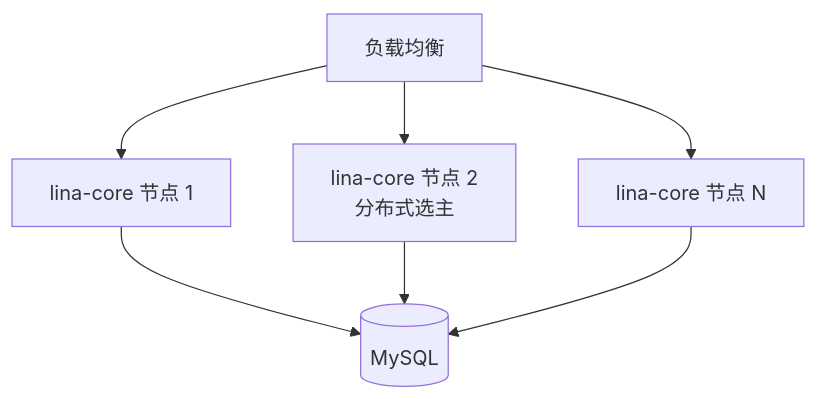
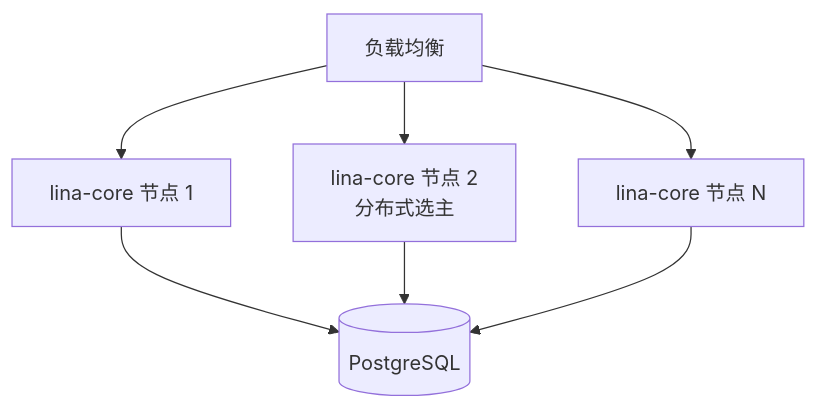
One commit to linaproai/linapro-site changed the fourth of 4 diagrams in apps/lina-site/docs/docs/2000-architecture/2000-architecture.md. Above: the diagram before and after it, drawn with Mermaid. The commit also changed other lines of this file and 18 other files, not shown here.

````diff
--- a/apps/lina-site/docs/docs/2000-architecture/2000-architecture.md
+++ b/apps/lina-site/docs/docs/2000-architecture/2000-architecture.md
@@ -195,15 +195,15 @@
 ```mermaid
 graph TB
     LB["负载均衡"]
     N1["lina-core 节点 1"]
     N2["lina-core 节点 2\n分布式选主"]
     NN["lina-core 节点 N"]
-    DB[("MySQL")]
+    DB[("PostgreSQL")]
 
     LB --> N1
     LB --> N2
     LB --> NN
     N1 --> DB
     N2 --> DB
     NN --> DB
 ```
````
